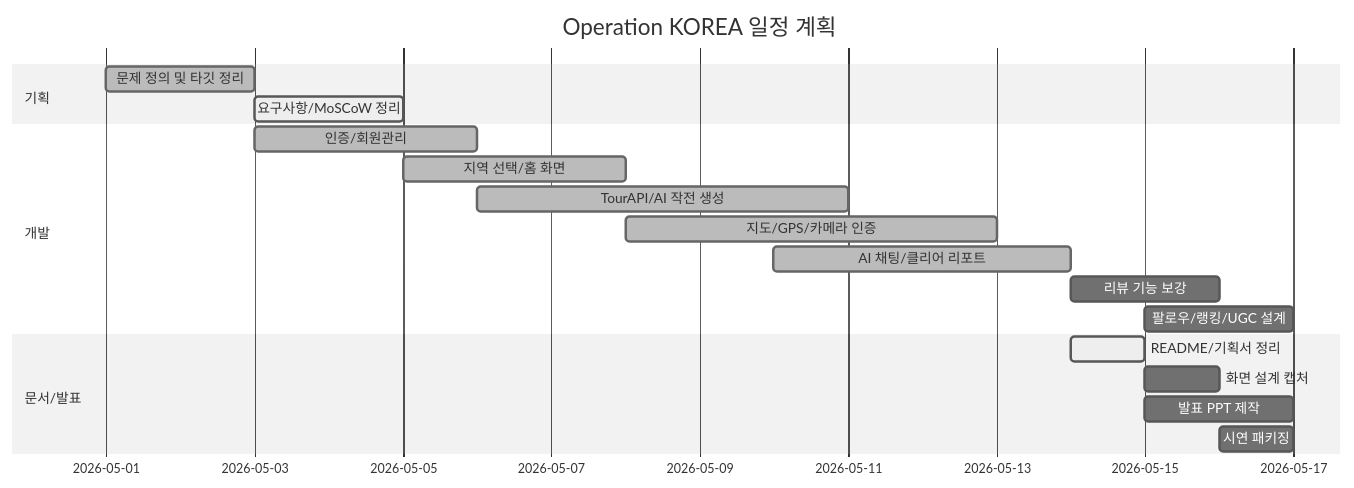
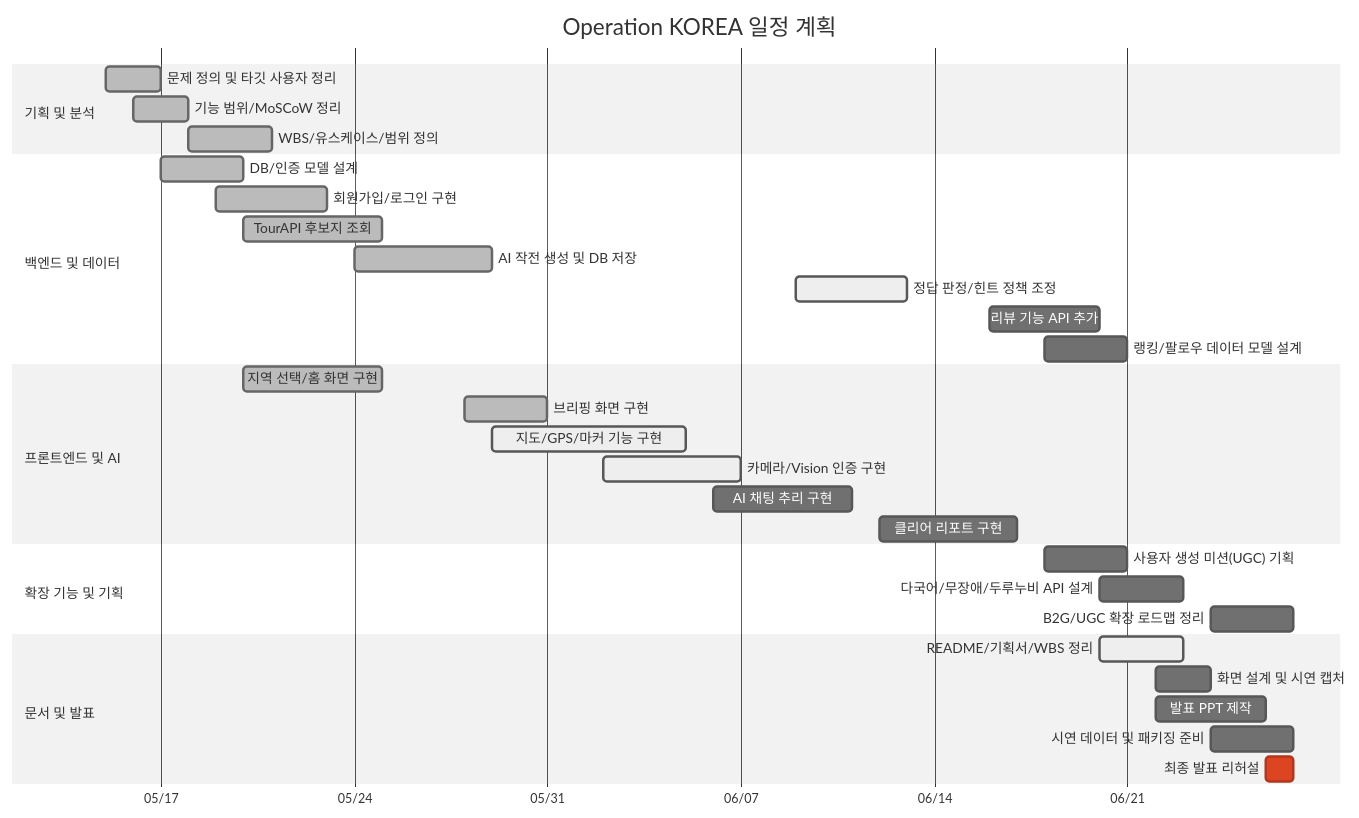
The second of 3 diagrams in docs/PROJECT_PLANNING.md (kanghyunsoon/operation-seoul), drawn with Mermaid (neutral theme) before and after one commit.

Commit message:
Update project planning Gantt chart with new tasks
간트 차트 mermaid 코드 수정

````diff
--- a/docs/PROJECT_PLANNING.md
+++ b/docs/PROJECT_PLANNING.md
@@ -303,21 +303,40 @@
 ```mermaid
 gantt
     title Operation KOREA 일정 계획
-    dateFormat  YYYY-MM-DD
-    section 기획
-    문제 정의 및 타깃 정리           :done, p1, 2026-05-01, 2d
-    요구사항/MoSCoW 정리             :active, p2, 2026-05-03, 2d
-    section 개발
-    인증/회원관리                    :done, d1, 2026-05-03, 3d
-    지역 선택/홈 화면                :done, d2, 2026-05-05, 3d
-    TourAPI/AI 작전 생성             :done, d3, 2026-05-06, 5d
-    지도/GPS/카메라 인증             :done, d4, 2026-05-08, 5d
-    AI 채팅/클리어 리포트             :done, d5, 2026-05-10, 4d
-    리뷰 기능 보강                    :r1, 2026-05-14, 2d
-    팔로우/랭킹/UGC 설계              :r2, 2026-05-15, 2d
-    section 문서/발표
-    README/기획서 정리               :active, doc1, 2026-05-14, 1d
-    화면 설계 캡처                   :doc2, 2026-05-15, 1d
-    발표 PPT 제작                    :doc3, 2026-05-15, 2d
-    시연 패키징                       :demo, 2026-05-16, 1d
+    dateFormat YYYY-MM-DD
+    axisFormat %m/%d
+
+    section 기획 및 분석
+    문제 정의 및 타깃 사용자 정리          :done, p1, 2026-05-15, 2d
+    기능 범위/MoSCoW 정리                :done, p2, 2026-05-16, 2d
+    WBS/유스케이스/범위 정의             :done, p3, 2026-05-18, 3d
+
+    section 백엔드 및 데이터
+    DB/인증 모델 설계                    :done, b1, 2026-05-17, 3d
+    회원가입/로그인 구현                 :done, b2, 2026-05-19, 4d
+    TourAPI 후보지 조회                  :done, b3, 2026-05-20, 5d
+    AI 작전 생성 및 DB 저장              :done, b4, 2026-05-24, 5d
+    정답 판정/힌트 정책 조정             :active, b5, 2026-06-09, 4d
+    리뷰 기능 API 추가                   :b6, 2026-06-16, 4d
+    랭킹/팔로우 데이터 모델 설계         :b7, 2026-06-18, 3d
+
+    section 프론트엔드 및 AI
+    지역 선택/홈 화면 구현               :done, f1, 2026-05-20, 5d
+    브리핑 화면 구현                     :done, f2, 2026-05-28, 3d
+    지도/GPS/마커 기능 구현              :active, f3, 2026-05-29, 7d
+    카메라/Vision 인증 구현              :active, f4, 2026-06-02, 5d
+    AI 채팅 추리 구현                    :f5, 2026-06-06, 5d
+    클리어 리포트 구현                   :f6, 2026-06-12, 5d
+
+    section 확장 기능 및 기획
+    사용자 생성 미션(UGC) 기획           :e1, 2026-06-18, 3d
+    다국어/무장애/두루누비 API 설계      :e2, 2026-06-20, 3d
+    B2G/UGC 확장 로드맵 정리             :e3, 2026-06-24, 3d
+
+    section 문서 및 발표
+    README/기획서/WBS 정리               :active, d1, 2026-06-20, 3d
+    화면 설계 및 시연 캡처               :d2, 2026-06-22, 2d
+    발표 PPT 제작                        :d3, 2026-06-22, 4d
+    시연 데이터 및 패키징 준비           :d4, 2026-06-24, 3d
+    최종 발표 리허설                     :crit, d5, 2026-06-26, 1d
 ```
````
